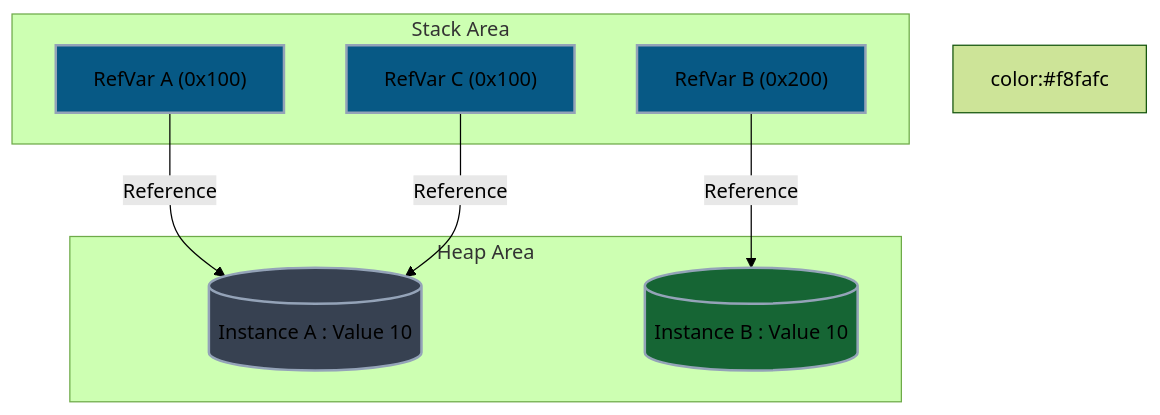
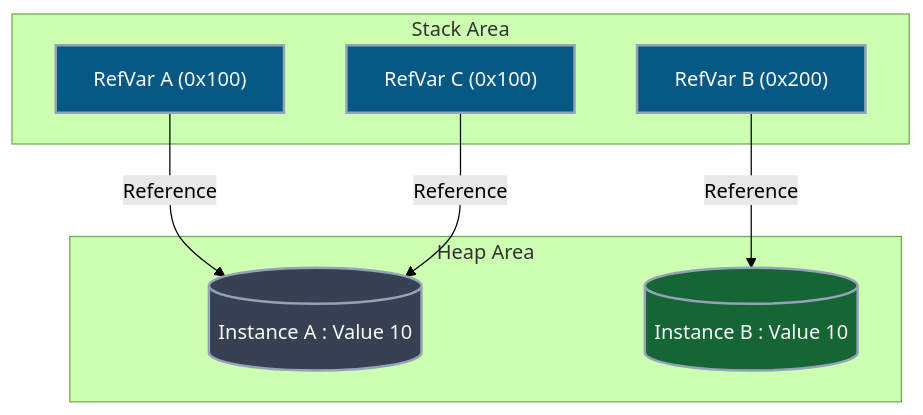
The first of 2 diagrams in _posts/java/08-gc/2026-01-21-object-클래스와-동등성,-동일성.md (Kang-Hyesung/kang-hyesung.github.io), drawn with Mermaid (forest theme) before and after one commit. The commit also changed other lines of this file and 2 other files, not shown here.

Commit message:
fix: correct mermaid color syntax

````diff
--- a/_posts/java/08-gc/2026-01-21-object-클래스와-동등성,-동일성.md
+++ b/_posts/java/08-gc/2026-01-21-object-클래스와-동등성,-동일성.md
@@ -18,26 +18,26 @@
 ```mermaid
 flowchart TD
     subgraph StackArea [Stack Area]
         RefA["RefVar A (0x100)"]
         RefB["RefVar B (0x200)"]
         RefC["RefVar C (0x100)"]
     end
 
     subgraph HeapArea [Heap Area]
         Obj1[("Instance A : Value 10")]
         Obj2[("Instance B : Value 10")]
     end
 
     RefA -->|Reference| Obj1
     RefB -->|Reference| Obj2
     RefC -->|Reference| Obj1
 
     %% 스타일 정의
-    classDef stack fill:#075985,stroke:#94a3b8,stroke-width:2px;color:#f8fafc;
-    classDef heap fill:#374151,stroke:#94a3b8,stroke-width:2px;color:#f8fafc;
-    classDef heap2 fill:#166534,stroke:#94a3b8,stroke-width:2px;color:#f8fafc;
+    classDef stack fill:#075985,stroke:#94a3b8,stroke-width:2px,color:#f8fafc;
+    classDef heap fill:#374151,stroke:#94a3b8,stroke-width:2px,color:#f8fafc;
+    classDef heap2 fill:#166534,stroke:#94a3b8,stroke-width:2px,color:#f8fafc;
 
     class RefA,RefB,RefC stack;
     class Obj1 heap;
     class Obj2 heap2;
 ```
````
